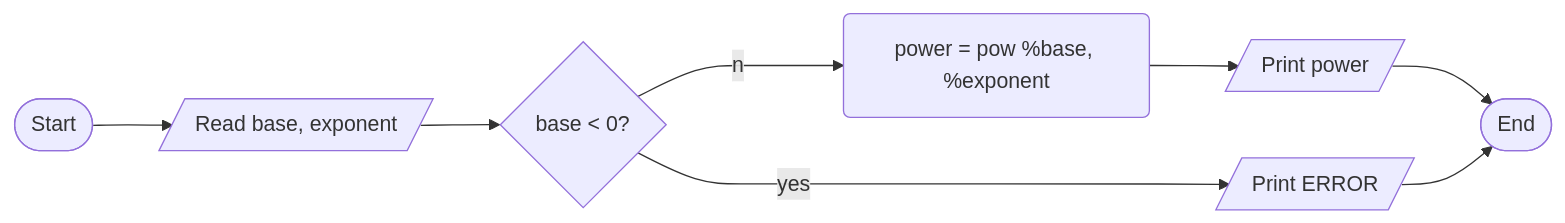
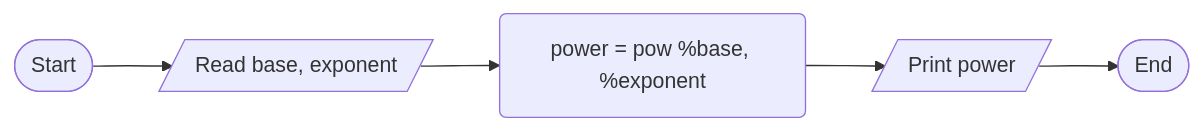
One commit to SWEG-2015EC-Batch/Byte-Bandits changed the diagram in ETS1512_15_ZERUBBABEL_MESSELE/ch-2-PE/q4/ch-2 PE q4.md. Above: the diagram before and after it, drawn with Mermaid. The commit also changed other lines of this file, not shown here.

Commit message:
Update ch-2 PE q4.md

````diff
--- a/ETS1512_15_ZERUBBABEL_MESSELE/ch-2-PE/q4/ch-2 PE q4.md
+++ b/ETS1512_15_ZERUBBABEL_MESSELE/ch-2-PE/q4/ch-2 PE q4.md
@@ -20,17 +20,13 @@
  ```mermaid
 graph LR;
 id1([Start]);
 id2[/Read base, exponent/];
-id4{base < 0?};
 id3(power = pow %base, %exponent);
-id5[/Print power/];
-id7[/Print ERROR/];
-id6([End]);
+id4[/Print power/];
+id5([End]);
 id1-->id2;
-id2-->id4;
-id4--yes-->id7;
-id4--no-->id3;
-id3-->id5;
-id5-->id6;
-id7-->id6;
+id2-->id3;
+id3-->id4;
+id4-->id5;
+
 ```
````
